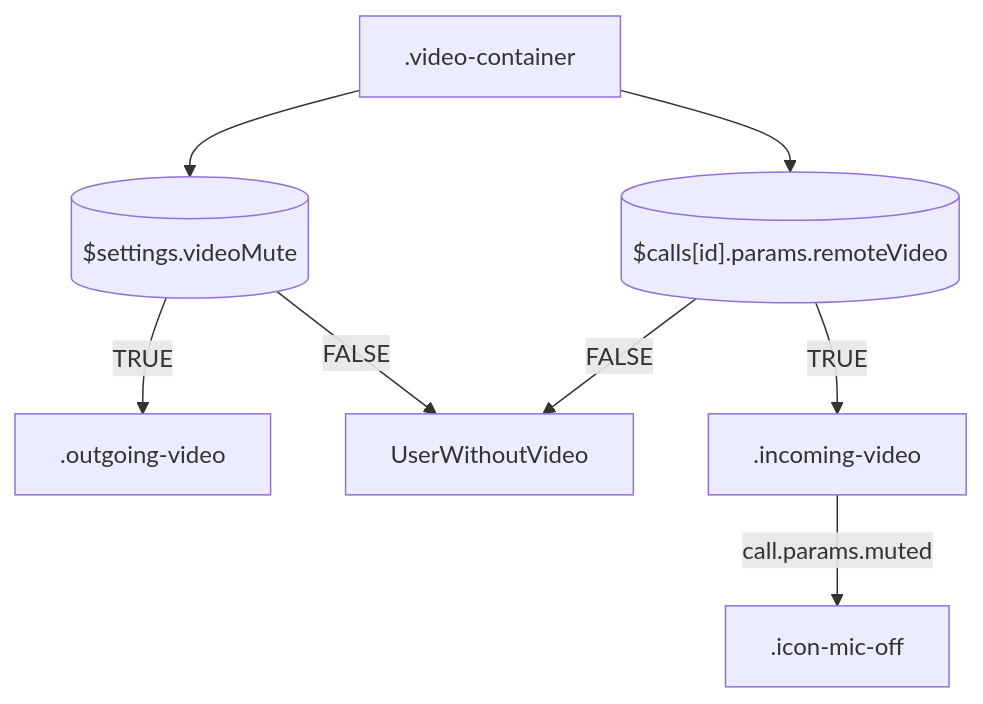
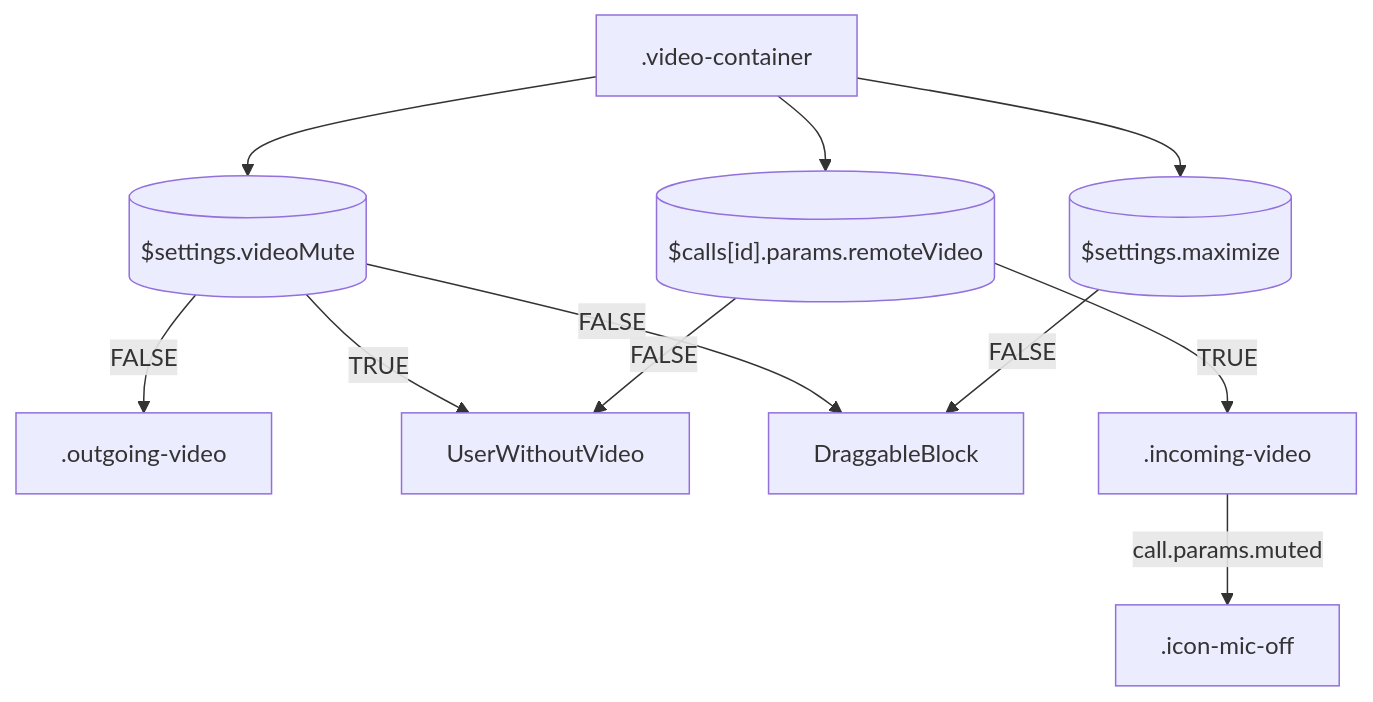
Before and after one commit to voximplant/ui-kit-for-vuejs: the eighth of 11 diagrams in README.md, drawn with Mermaid. The commit also changed other lines of this file and 65 other files, not shown here.

````diff
--- a/README.md
+++ b/README.md
@@ -349,10 +369,13 @@
 ```mermaid
 graph TD
     B[.video-container] --> L[("$settings.videoMute")]
     B --> R[("$calls[id].params.remoteVideo")]
-    L --> |TRUE| O[.outgoing-video]
-    L --> |FALSE| W[UserWithoutVideo]
+    B --> S[("$settings.maximize")]
+    L --> |FALSE| O[.outgoing-video]
+    L --> |TRUE| W[UserWithoutVideo]
+    L --> |FALSE| D[DraggableBlock]
+    S --> |FALSE| D[DraggableBlock]
     R --> |TRUE| I[.incoming-video]
     R --> |FALSE| W
     I --> |"call.params.muted"|M[.icon-mic-off]
 ```
````
